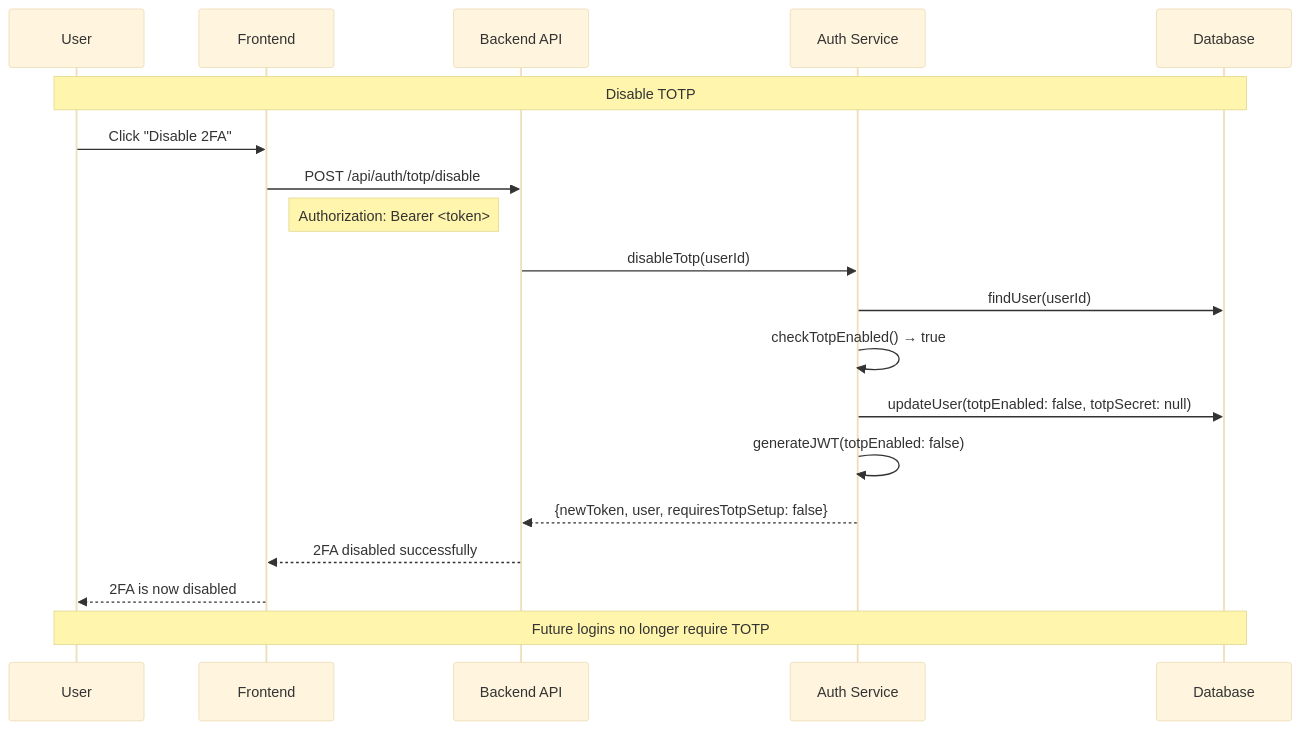
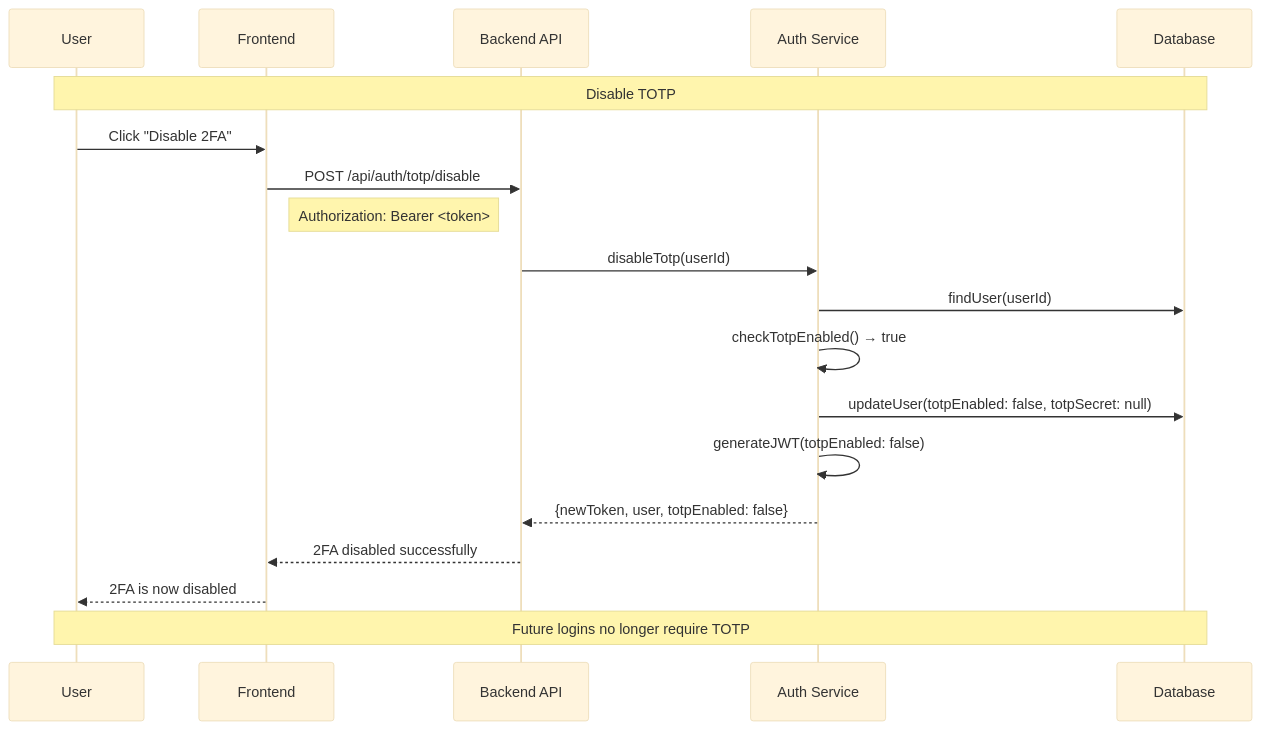
The fourth of 5 diagrams in docs/TOTP-Enterprise-Flow.md (caseythecoder90/backend-study-app), drawn with Mermaid (base theme) before and after one commit. The commit also changed other lines of this file and 6 other files, not shown here.

````diff
--- a/docs/TOTP-Enterprise-Flow.md
+++ b/docs/TOTP-Enterprise-Flow.md
@@ -137,24 +137,24 @@
 ```mermaid
 sequenceDiagram
     participant U as User
     participant UI as Frontend
     participant API as Backend API
     participant Auth as Auth Service
     participant DB as Database
 
     Note over U,DB: Disable TOTP
     U->>UI: Click "Disable 2FA"
     UI->>API: POST /api/auth/totp/disable
     Note right of UI: Authorization: Bearer <token>
 
     API->>Auth: disableTotp(userId)
     Auth->>DB: findUser(userId)
     Auth->>Auth: checkTotpEnabled() → true
     Auth->>DB: updateUser(totpEnabled: false, totpSecret: null)
     Auth->>Auth: generateJWT(totpEnabled: false)
-    Auth-->>API: {newToken, user, requiresTotpSetup: false}
+    Auth-->>API: {newToken, user, totpEnabled: false}
     API-->>UI: 2FA disabled successfully
     UI-->>U: 2FA is now disabled
 
     Note over U,DB: Future logins no longer require TOTP
 ```
````
